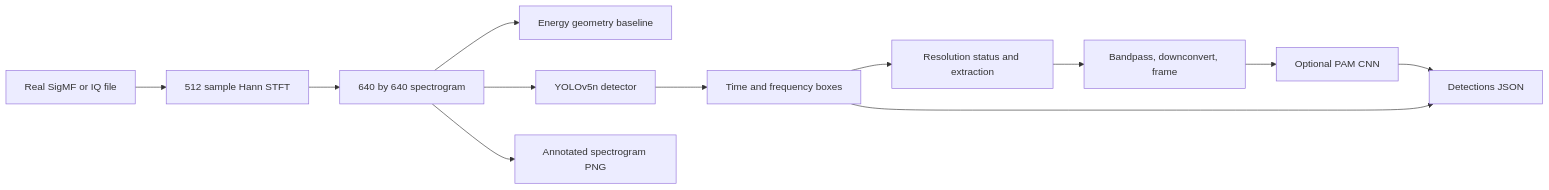
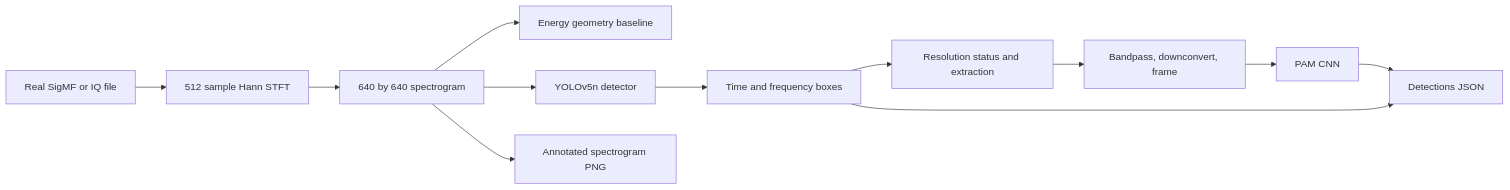
Before and after one commit to ps-narayan/wideband-signal-recognition: the diagram in README.md, drawn with Mermaid. The commit also changed other lines of this file and 16 other files, not shown here.

```diff
--- a/README.md
+++ b/README.md
@@ -7,14 +9,14 @@
 ~~~mermaid
 flowchart LR
     A[Real SigMF or IQ file] --> B[512 sample Hann STFT]
     B --> C[640 by 640 spectrogram]
     C --> D[Energy geometry baseline]
     C --> E[YOLOv5n detector]
     E --> F[Time and frequency boxes]
     F --> G[Resolution status and extraction]
     G --> H[Bandpass, downconvert, frame]
-    H --> I[Optional PAM CNN]
+    H --> I[PAM CNN]
     I --> J[Detections JSON]
     F --> J
     C --> K[Annotated spectrogram PNG]
 ~~~
```
